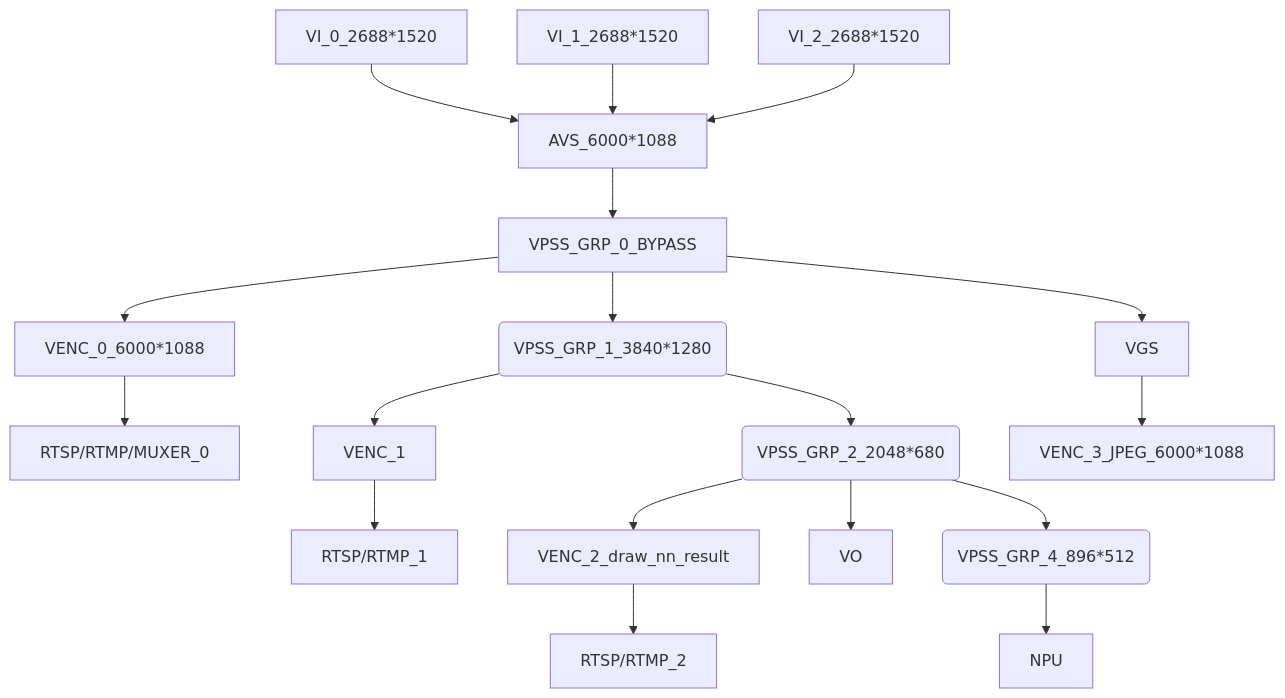
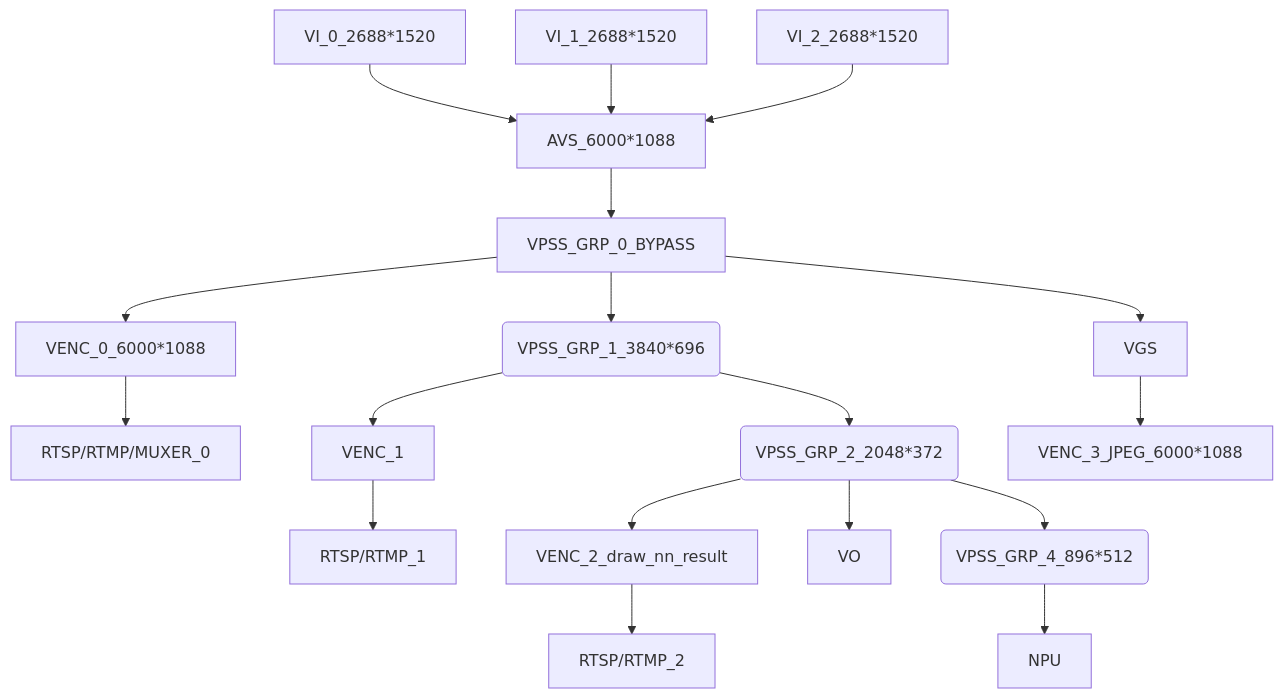
One commit to khadas/app_rkipc changed diagram 16 of 16 in docs/Rockchip_Developer_Guide_Linux_RKIPC_CN.md. Above: the diagram before and after it, drawn with Mermaid. The commit also changed other lines of this file and 15 other files, not shown here.

````diff
--- a/docs/Rockchip_Developer_Guide_Linux_RKIPC_CN.md
+++ b/docs/Rockchip_Developer_Guide_Linux_RKIPC_CN.md
@@ -344,13 +344,13 @@
 ```mermaid
 graph TB
 	VI_0[VI_0_2688*1520]-->AVS[AVS_6000*1088]
 	VI_1[VI_1_2688*1520]-->AVS
 	VI_2[VI_2_2688*1520]-->AVS
 	AVS-->VPSS_GRP_0_BYPASS-->VENC_0_6000*1088-->RTSP/RTMP/MUXER_0
-	VPSS_GRP_0_BYPASS-->VPSS_GRP_1(VPSS_GRP_1_3840*1280)
+	VPSS_GRP_0_BYPASS-->VPSS_GRP_1(VPSS_GRP_1_3840*696)
 	VPSS_GRP_1-->VENC_1-->RTSP/RTMP_1
-	VPSS_GRP_1-->VPSS_GRP_2(VPSS_GRP_2_2048*680)-->VENC_2_draw_nn_result-->RTSP/RTMP_2
+	VPSS_GRP_1-->VPSS_GRP_2(VPSS_GRP_2_2048*372)-->VENC_2_draw_nn_result-->RTSP/RTMP_2
 	VPSS_GRP_2-->VO
 	VPSS_GRP_2-->VPSS_GRP_4(VPSS_GRP_4_896*512)-->NPU
 	VPSS_GRP_0_BYPASS-->VGS-->VENC_3_JPEG_6000*1088
 ```
````
